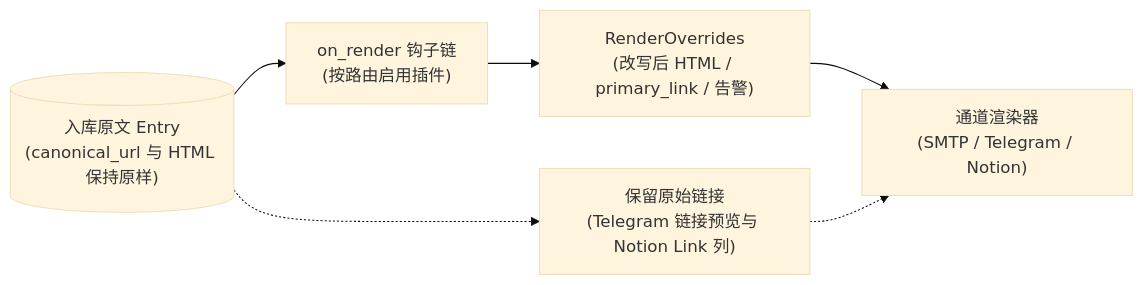
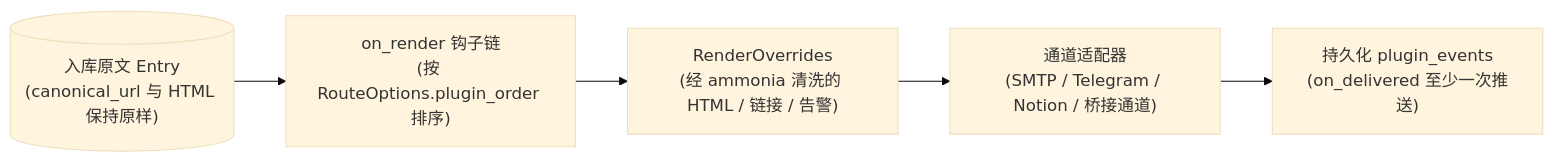
The diagram in docs/zh/plugins/index.md (ElleryHe/FeedCourier), drawn with Mermaid (base theme) before and after one commit. The commit also changed other lines of this file and 20 other files, not shown here.

````diff
--- a/docs/zh/plugins/index.md
+++ b/docs/zh/plugins/index.md
@@ -9,8 +9,7 @@
 ```mermaid
 flowchart LR
-    Entry[("入库原文 Entry\n(canonical_url 与 HTML 保持原样)")] --> Hook["on_render 钩子链\n(按路由启用插件)"]
-    Hook --> Overrides["RenderOverrides\n(改写后 HTML / primary_link / 告警)"]
-    Overrides --> Channels["通道渲染器\n(SMTP / Telegram / Notion)"]
-    Entry -.-> Preserve["保留原始链接\n(Telegram 链接预览与 Notion Link 列)"]
-    Preserve -.-> Channels
+    Entry[("入库原文 Entry\n(canonical_url 与 HTML 保持原样)")] --> Hook["on_render 钩子链\n(按 RouteOptions.plugin_order 排序)"]
+    Hook --> Overrides["RenderOverrides\n(经 ammonia 清洗的 HTML / 链接 / 告警)"]
+    Overrides --> Channels["通道适配器\n(SMTP / Telegram / Notion / 桥接通道)"]
+    Channels --> Delivered["持久化 plugin_events\n(on_delivered 至少一次推送)"]
 ```
````
